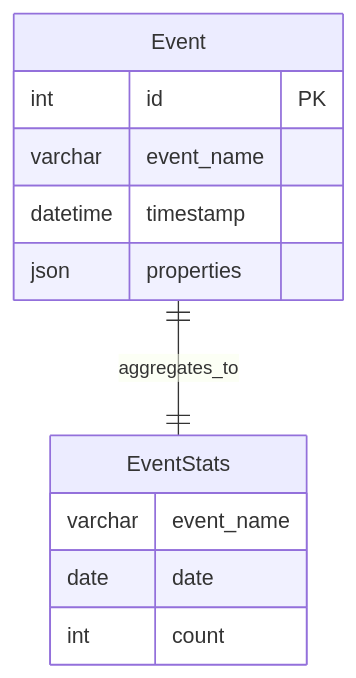
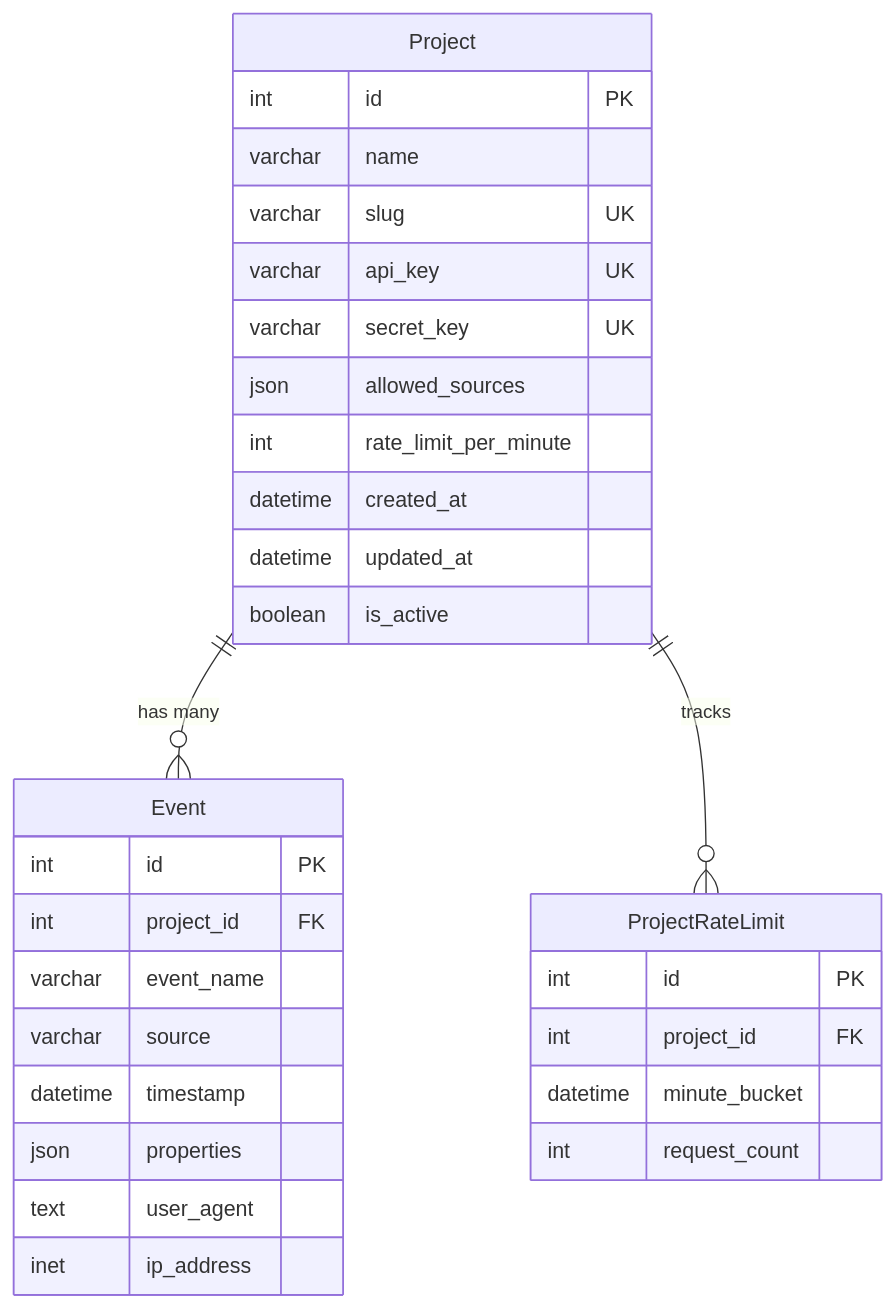
One commit to andrewm4894/djangalytics changed the sixth of 15 diagrams in ARCHITECTURE.md. Above: the diagram before and after it, drawn with Mermaid. The commit also changed other lines of this file and 16 other files, not shown here.

````diff
--- a/ARCHITECTURE.md
+++ b/ARCHITECTURE.md
@@ -180,17 +180,36 @@
 ```mermaid
 erDiagram
+    Project {
+        int id PK
+        varchar name
+        varchar slug UK
+        varchar api_key UK
+        varchar secret_key UK
+        json allowed_sources
+        int rate_limit_per_minute
+        datetime created_at
+        datetime updated_at
+        boolean is_active
+    }
+    
     Event {
         int id PK
+        int project_id FK
         varchar event_name
+        varchar source
         datetime timestamp
         json properties
+        text user_agent
+        inet ip_address
     }
     
-    Event ||--|| EventStats : aggregates_to
+    ProjectRateLimit {
+        int id PK
+        int project_id FK
+        datetime minute_bucket
+        int request_count
+    }
     
-    EventStats {
-        varchar event_name
-        date date
-        int count
-    }
+    Project ||--o{ Event : "has many"
+    Project ||--o{ ProjectRateLimit : "tracks"
 ```
````
